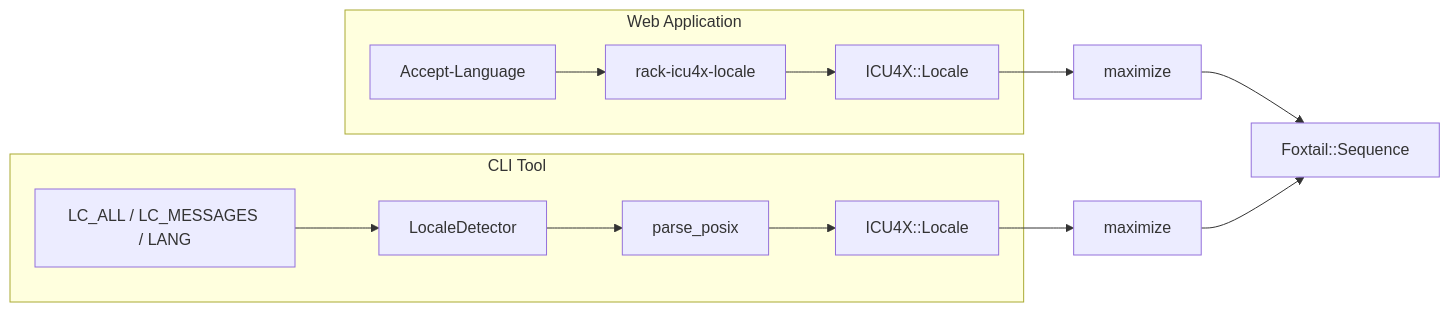
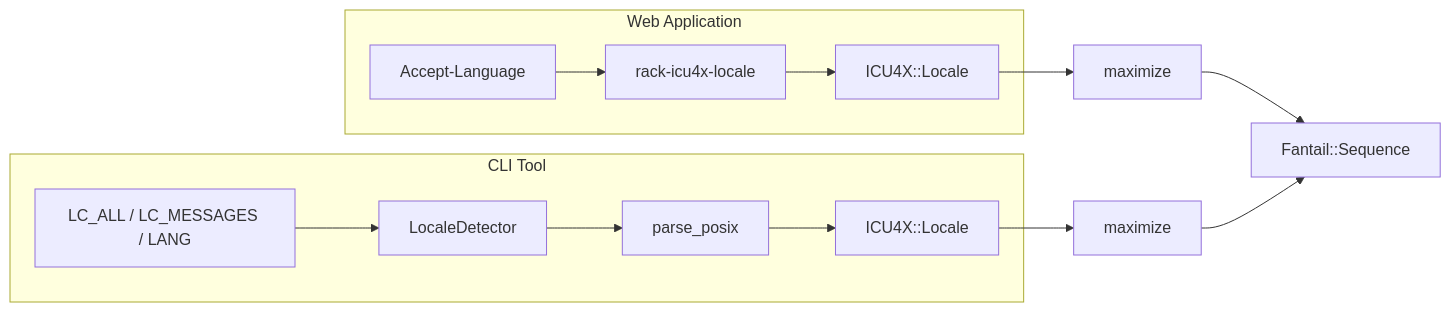
Before and after one commit to sakuro/foxtail: the diagram in doc/language-negotiation.md, drawn with Mermaid. The commit also changed other lines of this file and 174 other files, not shown here.

First line of the commit message:
:recycle: Rename Foxtail to Fantail

````diff
--- a/doc/language-negotiation.md
+++ b/doc/language-negotiation.md
@@ -205,18 +205,18 @@
 ```mermaid
 flowchart LR
     subgraph Web Application
         AL[Accept-Language] --> RIL[rack-icu4x-locale]
         RIL --> L1[ICU4X::Locale]
     end
 
     subgraph CLI Tool
         ENV[LC_ALL / LC_MESSAGES / LANG] --> LD[LocaleDetector]
         LD --> PP[parse_posix]
         PP --> L2[ICU4X::Locale]
     end
 
     L1 --> MAX1[maximize]
     L2 --> MAX2[maximize]
-    MAX1 --> SEQ[Foxtail::Sequence]
+    MAX1 --> SEQ[Fantail::Sequence]
     MAX2 --> SEQ
 ```
````
